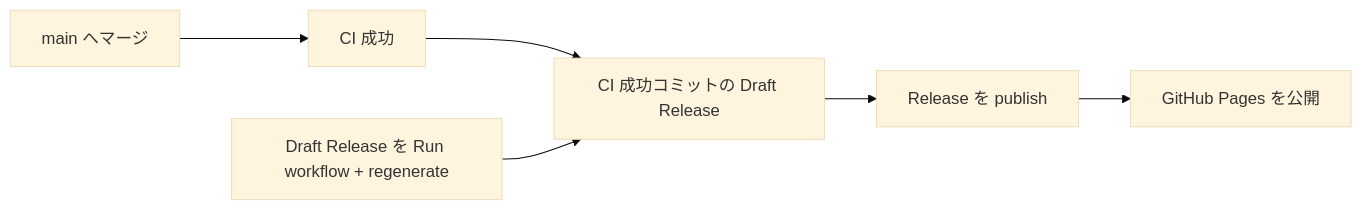
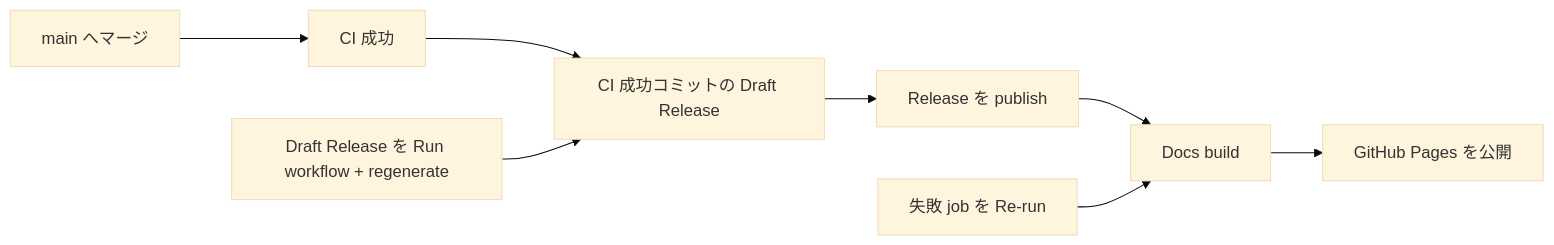
The diagram in CONTRIBUTING.md (Mushus/blender-addons), drawn with Mermaid (base theme) before and after one commit. The commit also changed other lines of this file and 2 other files, not shown here.

Commit message:
fix(ci): make docs deploy resumable

````diff
--- a/CONTRIBUTING.md
+++ b/CONTRIBUTING.md
@@ -102,8 +102,9 @@
 ```mermaid
 flowchart LR
   main["main へマージ"] --> ci["CI 成功"]
   ci --> draft["Draft Release 作成"]
   draft["CI 成功コミットの Draft Release"] --> publish["Release を publish"]
-  publish --> pages["GitHub Pages を公開"]
+  publish --> pagesBuild["Docs build"] --> pagesDeploy["GitHub Pages を公開"]
   recover["Draft Release を Run workflow + regenerate"] --> draft
+  retry["失敗 job を Re-run"] --> pagesBuild
 ```
````
